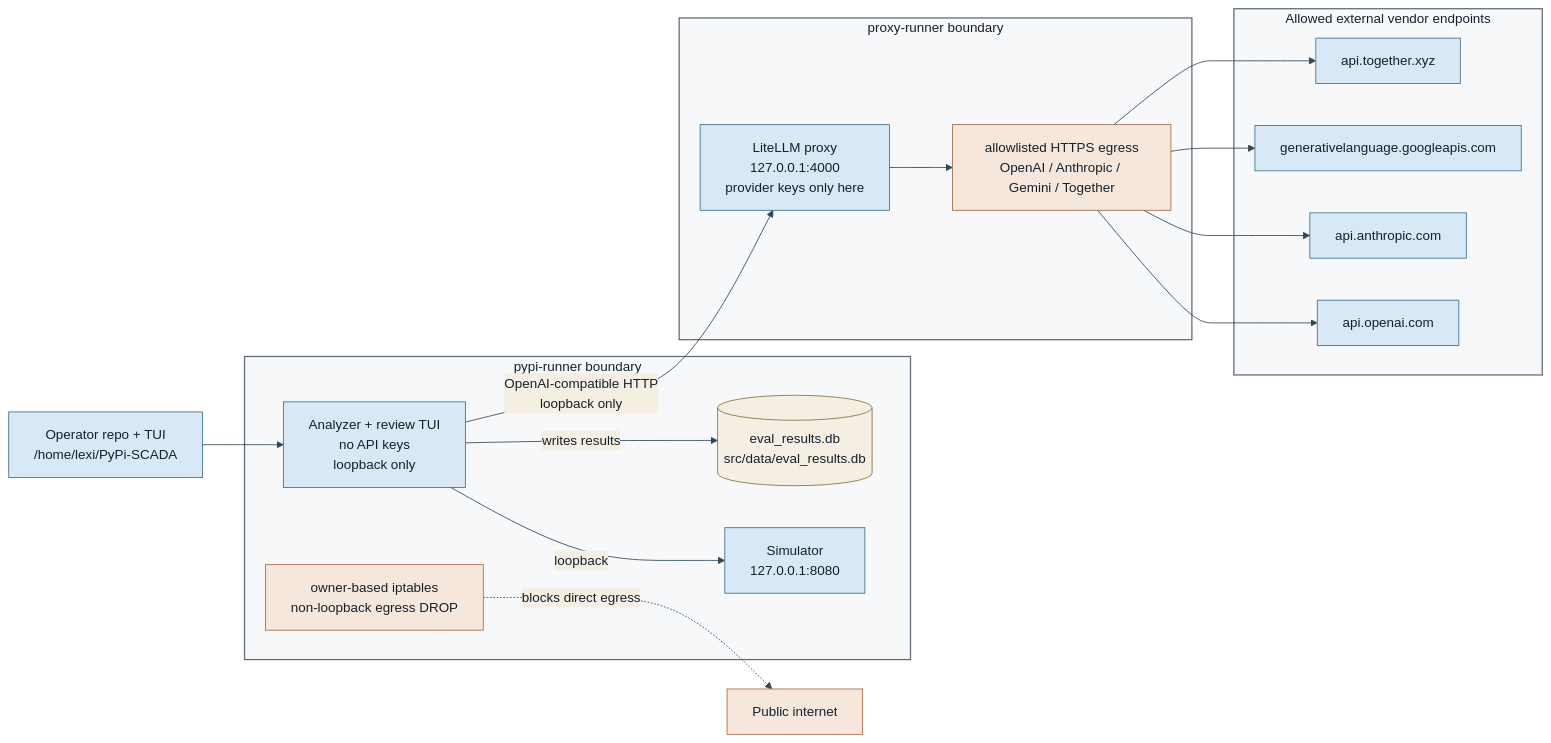
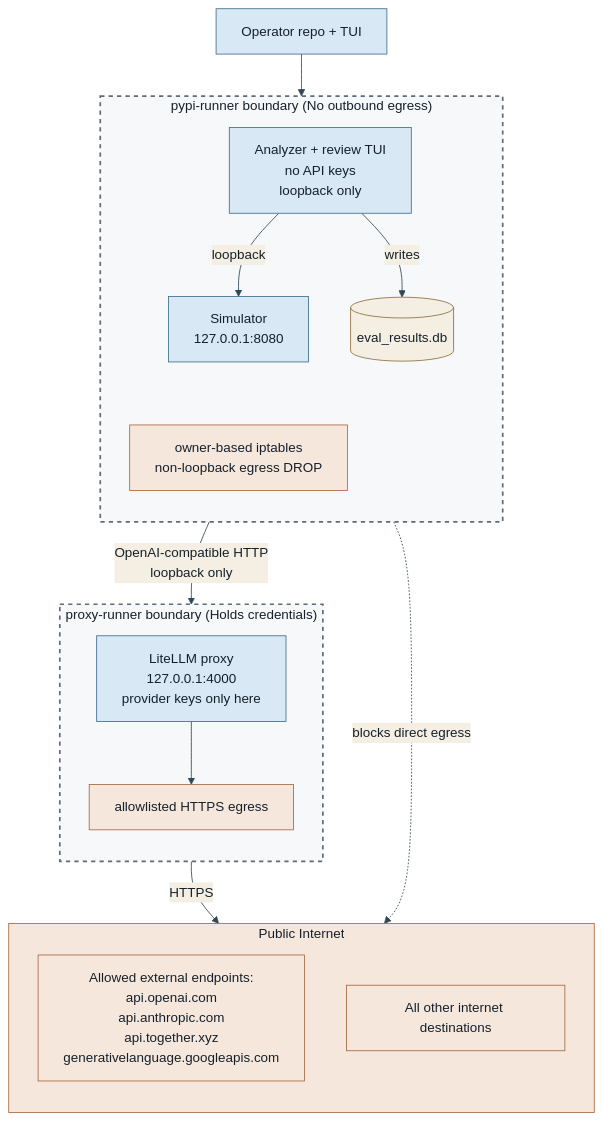
One commit to Alexander-Mani/PyPI-LABS changed the diagram in docs/diagrams/mermaid/deployment_trust_boundaries.mmd. Above: the diagram before and after it, drawn with Mermaid. The commit also changed 3 other files, not shown here.

First line of the commit message:
Refresh Mermaid diagram sources to match the current system shape

```diff
--- a/docs/diagrams/mermaid/deployment_trust_boundaries.mmd
+++ b/docs/diagrams/mermaid/deployment_trust_boundaries.mmd
@@ -1,45 +1,52 @@
 %%{init: {'theme': 'base', 'themeVariables': { 'primaryColor': '#d9e8f5', 'primaryTextColor': '#15202b', 'primaryBorderColor': '#3f6f8c', 'lineColor': '#2f4858', 'secondaryColor': '#f4efe2', 'tertiaryColor': '#eef4ea', 'fontFamily': 'Helvetica' }}}%%
-flowchart LR
-    classDef boundary fill:#f7f8fa,stroke:#5f6b76,stroke-width:1.5px,color:#15202b;
+flowchart TD
+    classDef boundary fill:#f7f8fa,stroke:#5f6b76,stroke-width:2px,color:#15202b,stroke-dasharray: 5 5;
     classDef service fill:#d9e8f5,stroke:#3f6f8c,stroke-width:1px,color:#15202b;
     classDef security fill:#f6e7dd,stroke:#a66a41,stroke-width:1px,color:#15202b;
     classDef output fill:#f4efe2,stroke:#8b6f3d,stroke-width:1px,color:#15202b;
 
-    OP["Operator repo + TUI<br/>/home/lexi/PyPi-SCADA"]
+    OP["Operator repo + TUI"]
 
-    subgraph PRUN["pypi-runner boundary"]
+    subgraph PRUN["pypi-runner boundary (No outbound egress)"]
+        direction TB
         AN["Analyzer + review TUI<br/>no API keys<br/>loopback only"]
         SIM["Simulator<br/>127.0.0.1:8080"]
-        DB[("eval_results.db<br/>src/data/eval_results.db")]
+        DB[("eval_results.db")]
         FW["owner-based iptables<br/>non-loopback egress DROP"]
+        
+        AN -->|loopback| SIM
+        AN -->|writes| DB
+        
+        %% Invisible link to force FW to the bottom of this box
+        SIM ~~~ FW
     end
 
-    subgraph XRUN["proxy-runner boundary"]
+    subgraph XRUN["proxy-runner boundary (Holds credentials)"]
+        direction TB
         LLM["LiteLLM proxy<br/>127.0.0.1:4000<br/>provider keys only here"]
-        ALLOW["allowlisted HTTPS egress<br/>OpenAI / Anthropic / Gemini / Together"]
+        ALLOW["allowlisted HTTPS egress"]
+        
+        LLM --> ALLOW
     end
 
-    subgraph VENDORS["Allowed external vendor endpoints"]
-        OAI["api.openai.com"]
-        ANT["api.anthropic.com"]
-        GEM["generativelanguage.googleapis.com"]
-        TOG["api.together.xyz"]
+    subgraph NET["Public Internet"]
+        direction TB
+        VENDORS["Allowed external endpoints:<br/>api.openai.com<br/>api.anthropic.com<br/>api.together.xyz<br/>generativelanguage.googleapis.com"]
+        BLOCKED["All other internet destinations"]
     end
 
-    NET["Public internet"]
-
     OP --> AN
-    AN -->|loopback| SIM
-    AN -->|writes results| DB
+    
+    %% The critical loopback bridge
     AN -->|OpenAI-compatible HTTP<br/>loopback only| LLM
-    FW -. blocks direct egress .-> NET
-    LLM --> ALLOW
-    ALLOW --> OAI
-    ALLOW --> ANT
-    ALLOW --> GEM
-    ALLOW --> TOG
+    
+    %% Firewall rule pointing to the bottom
+    FW -. blocks direct egress .-> BLOCKED
+    
+    %% Egress routing pointing to the bottom
+    ALLOW -->|HTTPS| VENDORS
 
     class OP,AN,SIM,LLM service;
     class DB output;
-    class FW,ALLOW,NET security;
-    class PRUN,XRUN,VENDORS boundary;
+    class FW,ALLOW,NET,VENDORS,BLOCKED security;
+    class PRUN,XRUN boundary;
```
